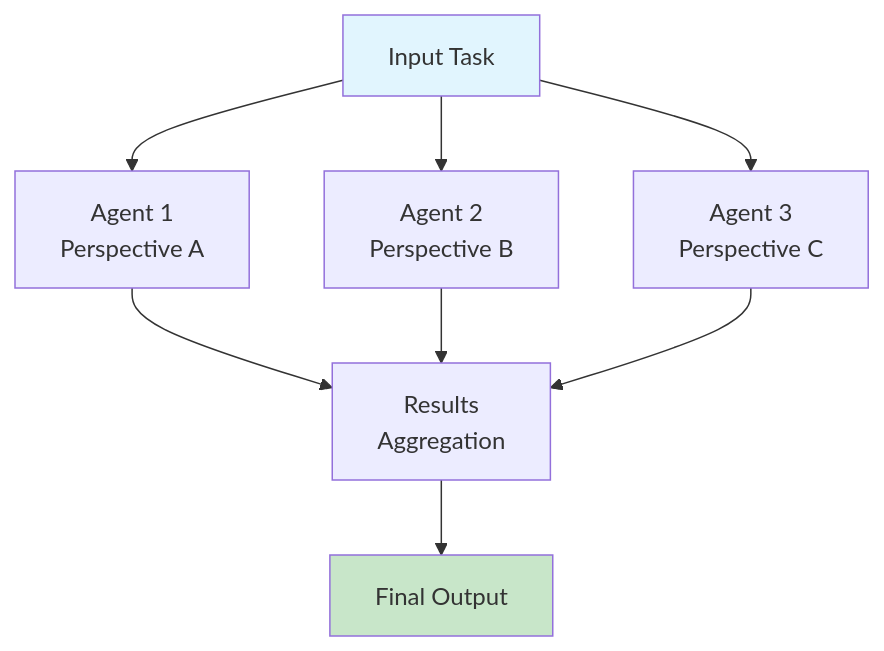
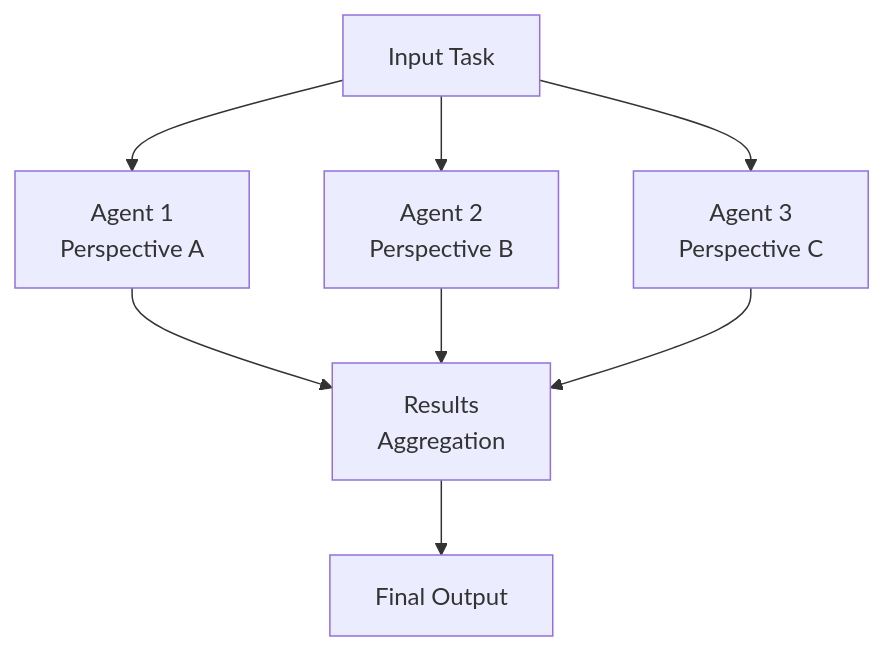
Before and after one commit to kyegomez/swarms: the second of 12 diagrams in docs/swarms/concept/how_to_choose_swarms.md, drawn with Mermaid. The commit also changed other lines of this file, not shown here.

````diff
--- a/docs/swarms/concept/how_to_choose_swarms.md
+++ b/docs/swarms/concept/how_to_choose_swarms.md
@@ -95,15 +93,13 @@
 ```mermaid
 graph TD
     A[Input Task] --> B[Agent 1<br/>Perspective A]
     A --> C[Agent 2<br/>Perspective B]
     A --> D[Agent 3<br/>Perspective C]
 
     B --> E[Results<br/>Aggregation]
     C --> E
     D --> E
 
     E --> F[Final Output]
 
-    style A fill:#e1f5fe
-    style F fill:#c8e6c9
 ```
````
